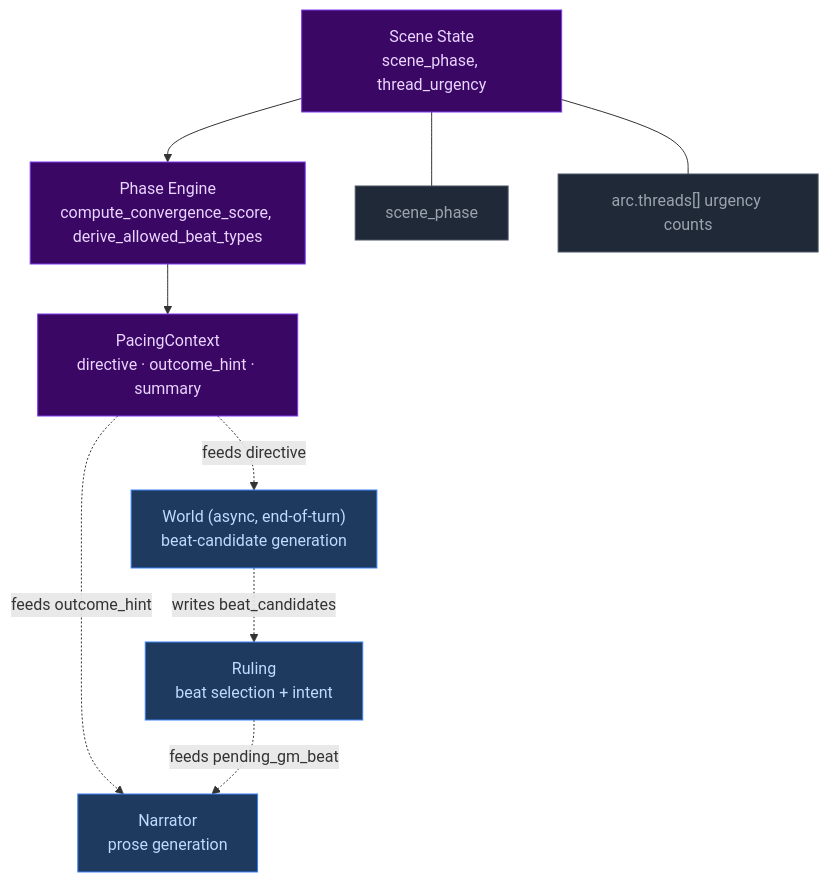
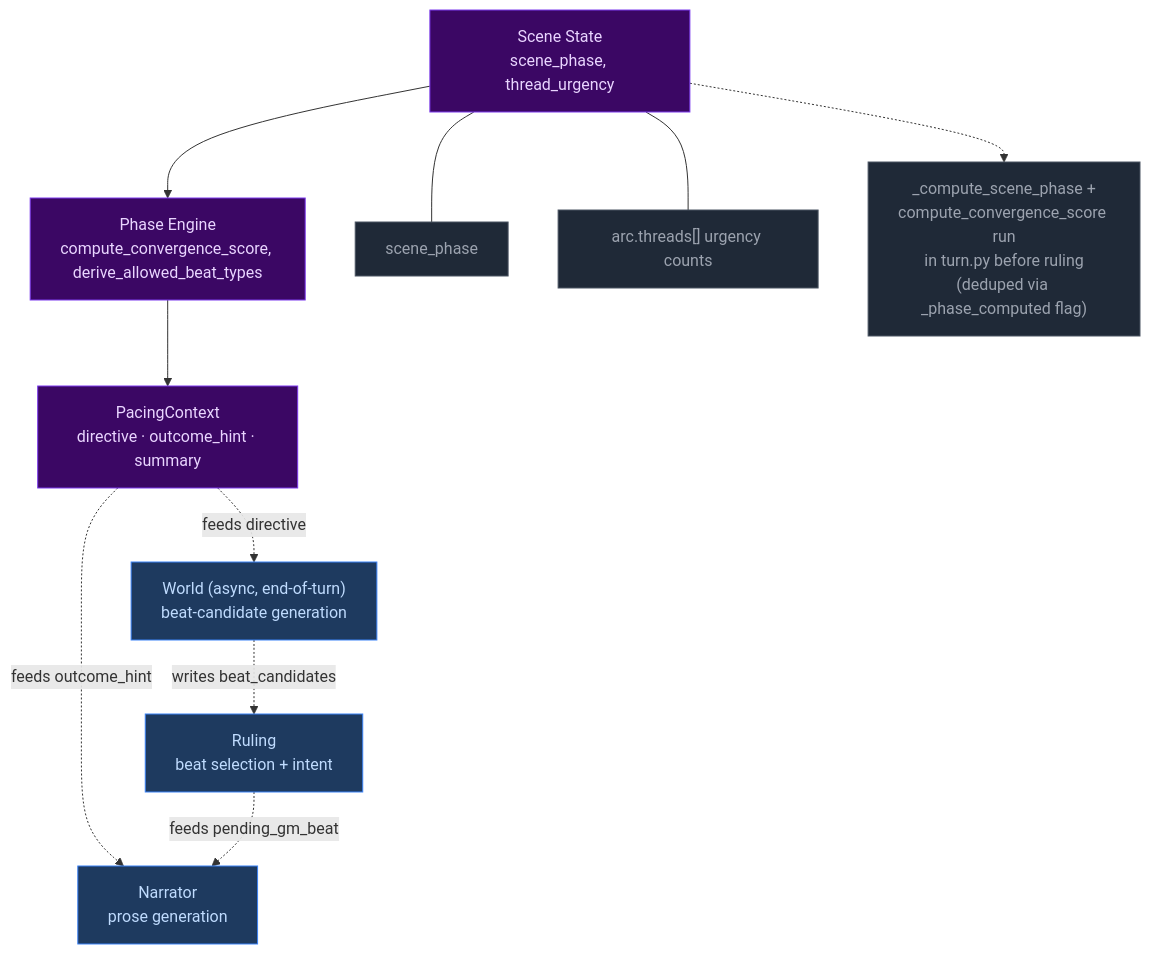
One commit to pww217/fablethread changed the first of 7 diagrams in docs/architecture/pacing-systems.md. Above: the diagram before and after it, drawn with Mermaid. The commit also changed other lines of this file and 115 other files, not shown here.

````diff
--- a/docs/architecture/pacing-systems.md
+++ b/docs/architecture/pacing-systems.md
@@ -9,22 +9,25 @@
 ```mermaid
 flowchart TD
     classDef system fill:#3b0764,color:#e9d5ff,stroke:#7c3aed,strokeWidth:2px
     classDef shared fill:#1f2937,color:#9ca3af,stroke:#4b5563,strokeWidth:1px
     classDef output fill:#1e3a5f,color:#bfdbfe,stroke:#3b82f6
 
     S["Scene State<br>scene_phase, thread_urgency"]:::system
     PE["Phase Engine<br>compute_convergence_score, derive_allowed_beat_types"]:::system
     PC["PacingContext<br>directive · outcome_hint · summary"]:::system
     N["Narrator<br>prose generation"]:::output
     W["World (async, end-of-turn)<br>beat-candidate generation"]:::output
     R["Ruling<br>beat selection + intent"]:::output
 
     S --- shared1["scene_phase"]:::shared
     S --- shared2["arc.threads[] urgency counts"]:::shared
 
     S --> PE --> PC
     PC -. "feeds outcome_hint" .-> N
     PC -. "feeds directive" .-> W
     W -. "writes beat_candidates" .-> R
     R -. "feeds pending_gm_beat" .-> N
+
+    note1["_compute_scene_phase +<br>compute_convergence_score run<br>in turn.py before ruling<br>(deduped via _phase_computed flag)"]:::shared
+    S -.-> note1
 ```
````
